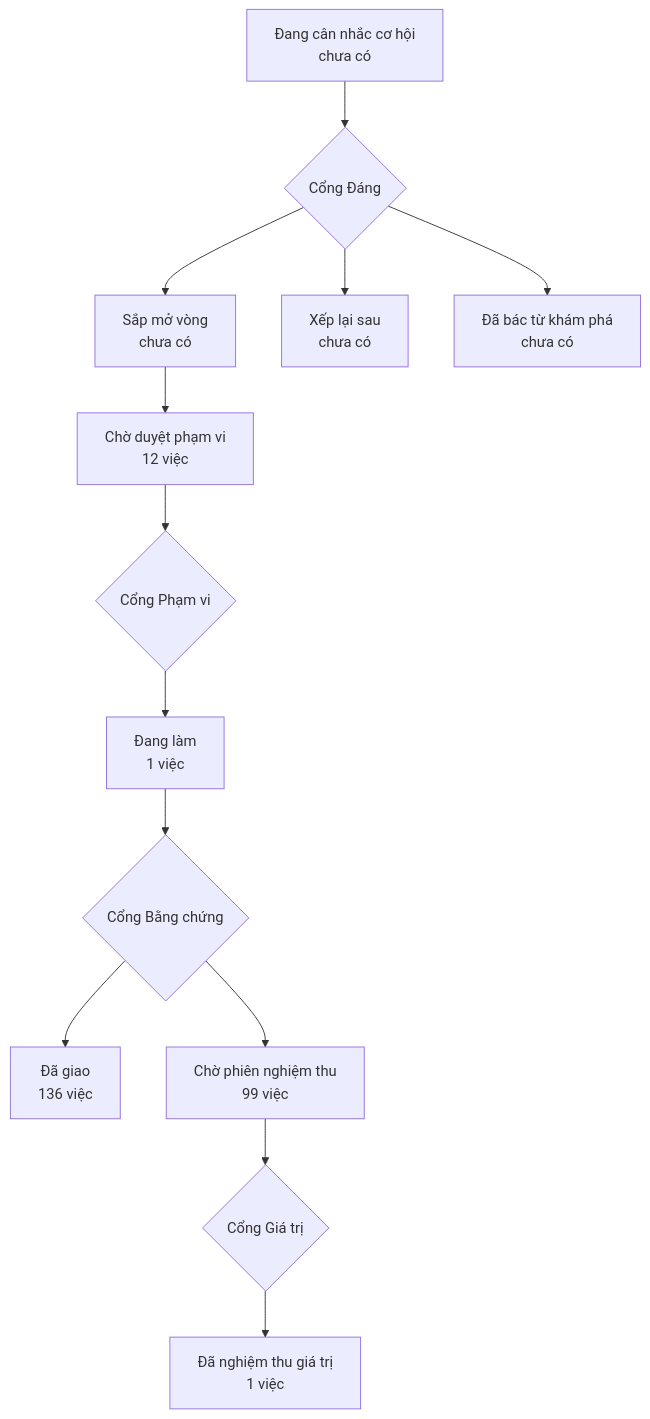
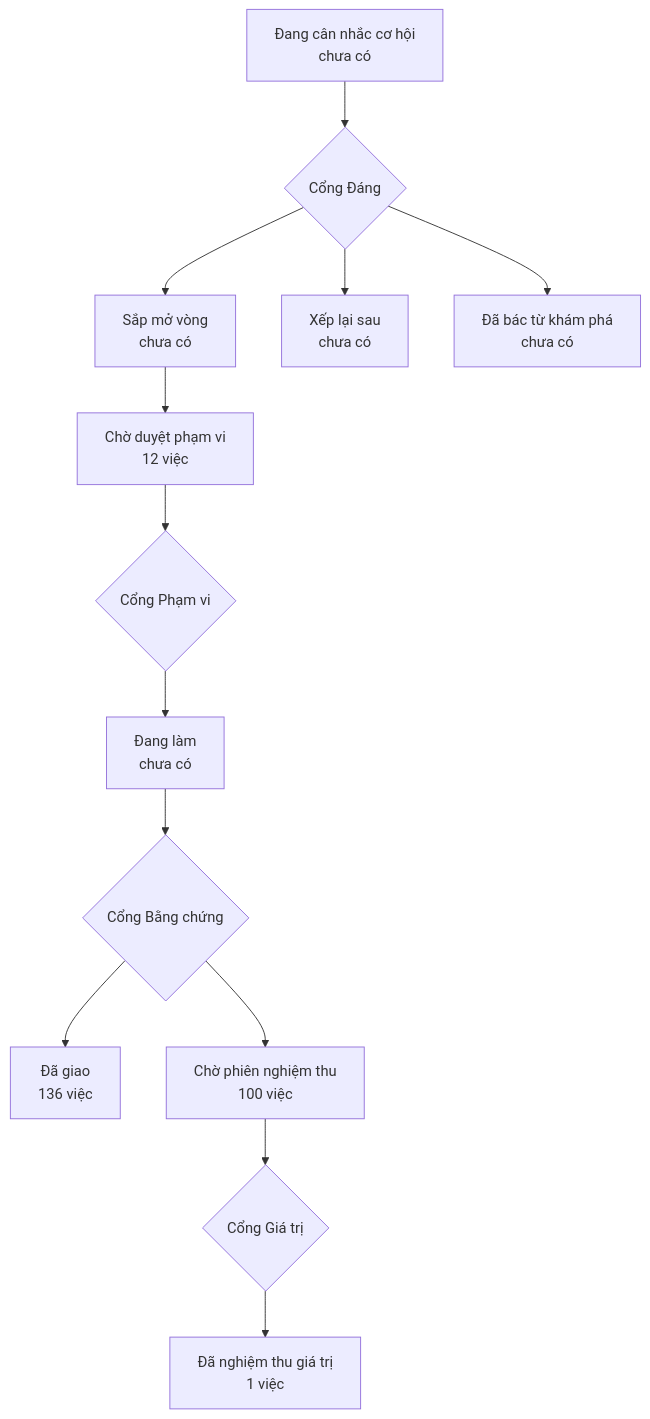
The diagram in PRODUCT-MAP.md (phanlemanh/onehub-invest), drawn with Mermaid before and after one commit. The commit also changed other lines of this file and 5 other files, not shown here.

````diff
--- a/PRODUCT-MAP.md
+++ b/PRODUCT-MAP.md
@@ -7,12 +7,12 @@
 ```mermaid
 flowchart TD
   A["Đang cân nhắc cơ hội<br/>chưa có"] --> GD{"Cổng Đáng"}
   GD --> B["Sắp mở vòng<br/>chưa có"]
   GD --> XL["Xếp lại sau<br/>chưa có"]
   GD --> DB["Đã bác từ khám phá<br/>chưa có"]
   B --> CD["Chờ duyệt phạm vi<br/>12 việc"] --> GP{"Cổng Phạm vi"}
-  GP --> DL["Đang làm<br/>1 việc"] --> GB{"Cổng Bằng chứng"}
+  GP --> DL["Đang làm<br/>chưa có"] --> GB{"Cổng Bằng chứng"}
   GB --> DG["Đã giao<br/>136 việc"]
-  GB --> CN["Chờ phiên nghiệm thu<br/>99 việc"] --> GG{"Cổng Giá trị"}
+  GB --> CN["Chờ phiên nghiệm thu<br/>100 việc"] --> GG{"Cổng Giá trị"}
   GG --> NT["Đã nghiệm thu giá trị<br/>1 việc"]
 ```
````
